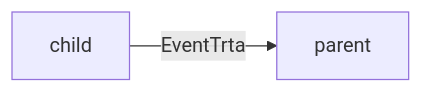
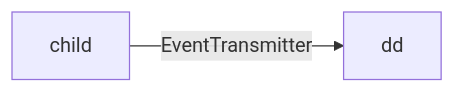
One commit to andermoran/AngularAdvice changed the third of 3 diagrams in README.md. Above: the diagram before and after it, drawn with Mermaid. The commit also changed other lines of this file, not shown here.

````diff
--- a/README.md
+++ b/README.md
@@ -159,4 +159,4 @@
 ```mermaid
 graph LR
-child["child"] --EventTrta--> parent["parent"]
+child --EventTransmitter--> dd
 ```
````
